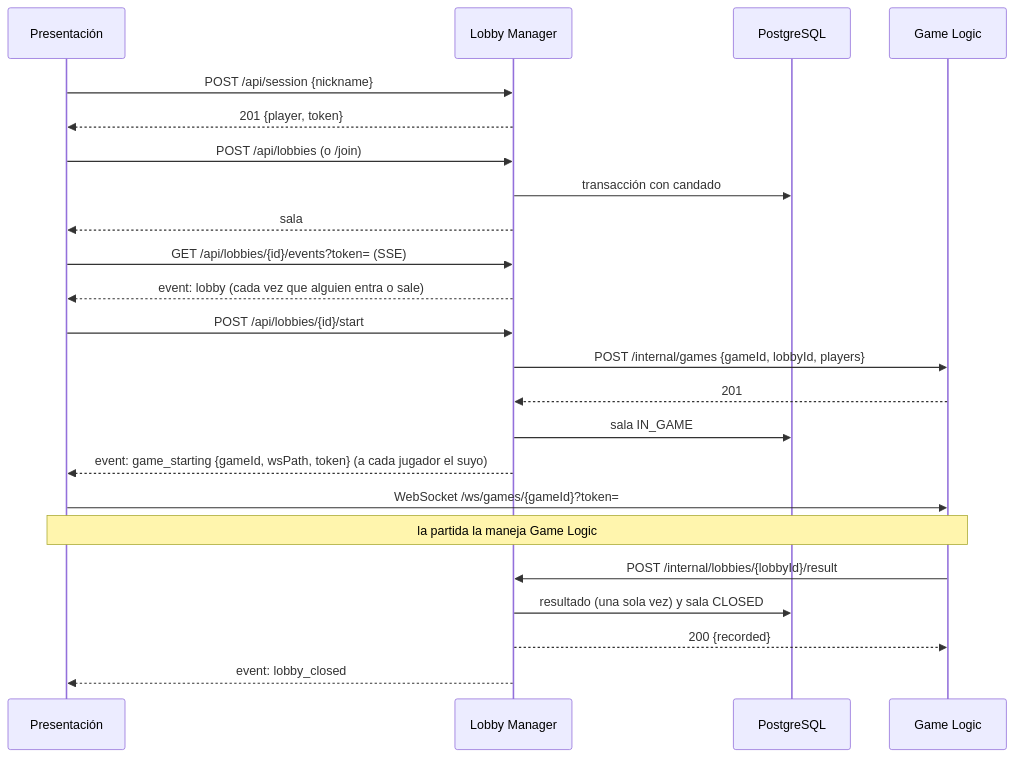
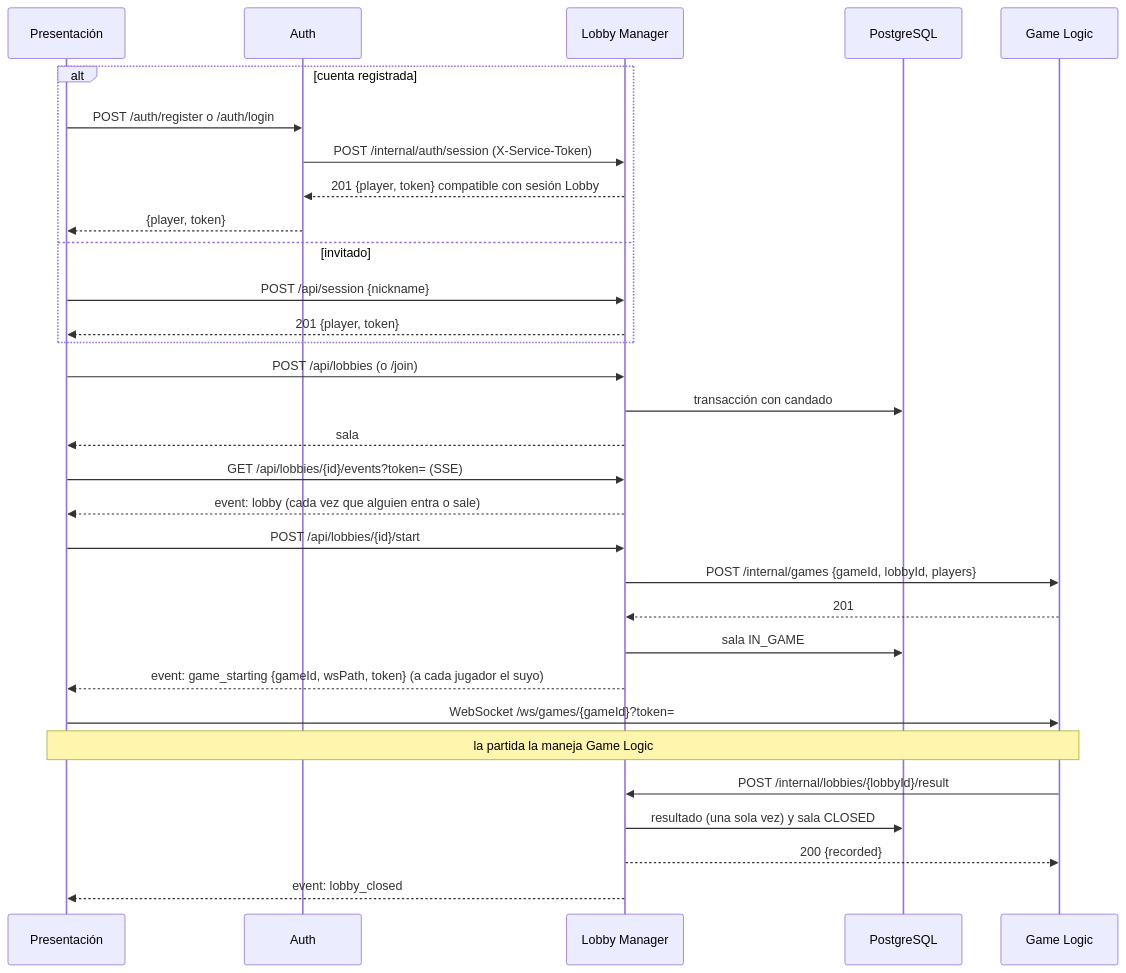
Before and after one commit to soetgdeznsgk/ArchSoft-Group1F: the diagram in docs/lobby-manager.md, drawn with Mermaid. The commit also changed other lines of this file and 31 other files, not shown here.

````diff
--- a/docs/lobby-manager.md
+++ b/docs/lobby-manager.md
@@ -24,26 +25,34 @@
 ```mermaid
 sequenceDiagram
     participant P as Presentación
+    participant A as Auth
     participant LM as Lobby Manager
     participant PG as PostgreSQL
     participant GO as Game Logic
 
-    P->>LM: POST /api/session {nickname}
-    LM-->>P: 201 {player, token}
+    alt cuenta registrada
+        P->>A: POST /auth/register o /auth/login
+        A->>LM: POST /internal/auth/session (X-Service-Token)
+        LM-->>A: 201 {player, token} compatible con sesión Lobby
+        A-->>P: {player, token}
+    else invitado
+        P->>LM: POST /api/session {nickname}
+        LM-->>P: 201 {player, token}
+    end
     P->>LM: POST /api/lobbies (o /join)
     LM->>PG: transacción con candado
     LM-->>P: sala
     P->>LM: GET /api/lobbies/{id}/events?token= (SSE)
     LM-->>P: event: lobby (cada vez que alguien entra o sale)
     P->>LM: POST /api/lobbies/{id}/start
     LM->>GO: POST /internal/games {gameId, lobbyId, players}
     GO-->>LM: 201
     LM->>PG: sala IN_GAME
     LM-->>P: event: game_starting {gameId, wsPath, token} (a cada jugador el suyo)
     P->>GO: WebSocket /ws/games/{gameId}?token=
     Note over P,GO: la partida la maneja Game Logic
     GO->>LM: POST /internal/lobbies/{lobbyId}/result
     LM->>PG: resultado (una sola vez) y sala CLOSED
     LM-->>GO: 200 {recorded}
     LM-->>P: event: lobby_closed
 ```
````
